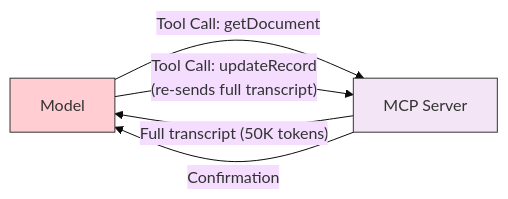
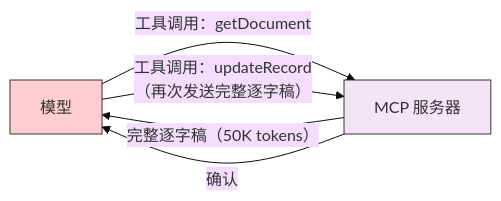
Before and after one commit to wgqi1126/claude-howto-zh-cn: the sixth of 7 diagrams in 05-mcp/README.md, drawn with Mermaid (base theme). The commit also changed other lines of this file and 58 other files, not shown here.

````diff
--- a/05-mcp/README.md
+++ b/05-mcp/README.md
@@ -793,10 +793,10 @@
 ```mermaid
 graph LR
-    A["Model"] -->|"Tool Call: getDocument"| B["MCP Server"]
-    B -->|"Full transcript (50K tokens)"| A
-    A -->|"Tool Call: updateRecord<br/>(re-sends full transcript)"| B
-    B -->|"Confirmation"| A
+    A["模型"] -->|"工具调用：getDocument"| B["MCP 服务器"]
+    B -->|"完整逐字稿（50K tokens）"| A
+    A -->|"工具调用：updateRecord<br/>（再次发送完整逐字稿）"| B
+    B -->|"确认"| A
 
     style A fill:#ffcdd2,stroke:#333,color:#333
     style B fill:#f3e5f5,stroke:#333,color:#333
 ```
````
